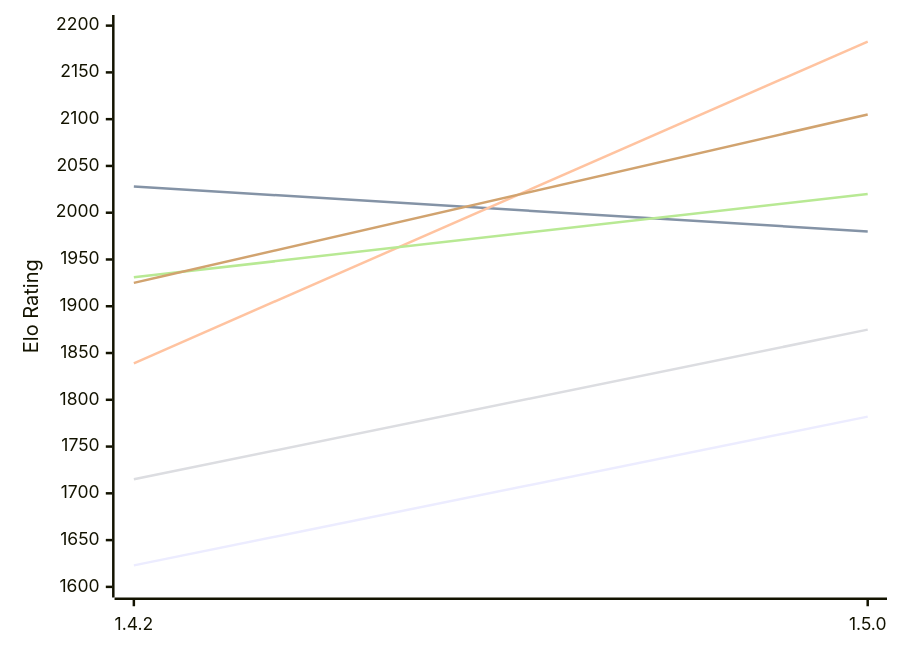
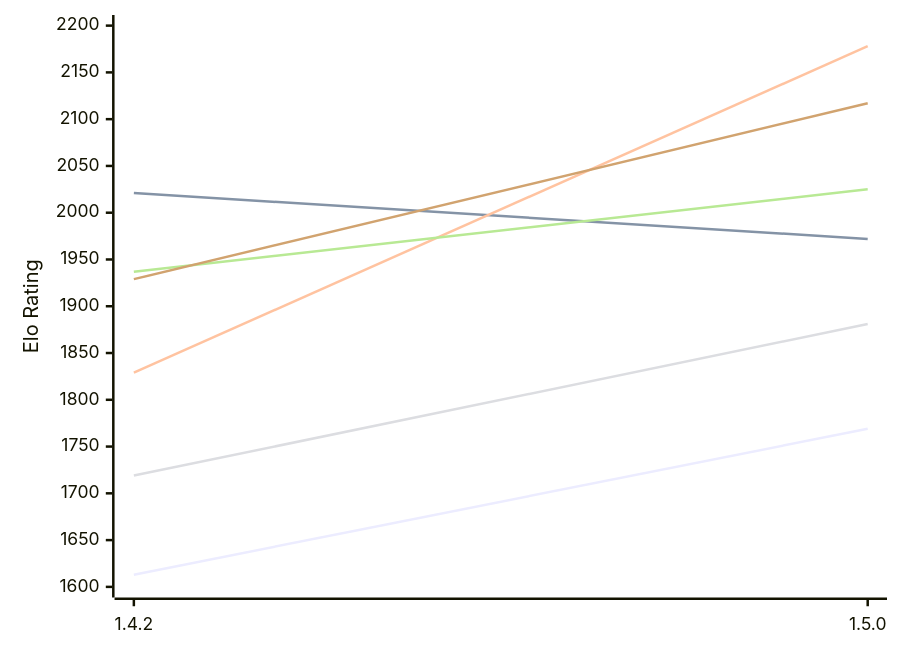
Before and after one commit to computer-chess-index/cci: the first of 2 diagrams in engines/Zeppelin.md, drawn with Mermaid. The commit also changed other lines of this file, not shown here.

Commit message:
Update CCI Ratings (ELO VLTC) - 2026-11-18

````diff
--- a/engines/Zeppelin.md
+++ b/engines/Zeppelin.md
@@ -57,12 +57,12 @@
 ```mermaid
 %%{init: {"theme":"base","themeVariables":{"seriesColors:['#a3a3a3','#222221','#faa371']}}}%%
 xychart-beta
   x-axis ["1.4.2", "1.5.0"]
   y-axis "Elo Rating" 1600 --> 2200
-  line "E1: STC (8.0+0.08s)" [1623, 1782]
-  line "E1: LTC (60.0+0.60s)" [2028, 1980]
-  line "E1: VLTC (2m24s+1.12s)" [1839, 2183]
-  line "P1: STC (8.0+0.08s)" [1715, 1875]
-  line "P1: LTC (60.0+0.60s)" [1931, 2020]
-  line "P1: VLTC (2m24s+1.12s)" [1925, 2105]
+  line "E1: STC (8.0+0.08s)" [1613, 1769]
+  line "E1: LTC (60.0+0.60s)" [2021, 1972]
+  line "E1: VLTC (2m24s+1.12s)" [1829, 2178]
+  line "P1: STC (8.0+0.08s)" [1719, 1881]
+  line "P1: LTC (60.0+0.60s)" [1937, 2025]
+  line "P1: VLTC (2m24s+1.12s)" [1929, 2117]
 ```
````
